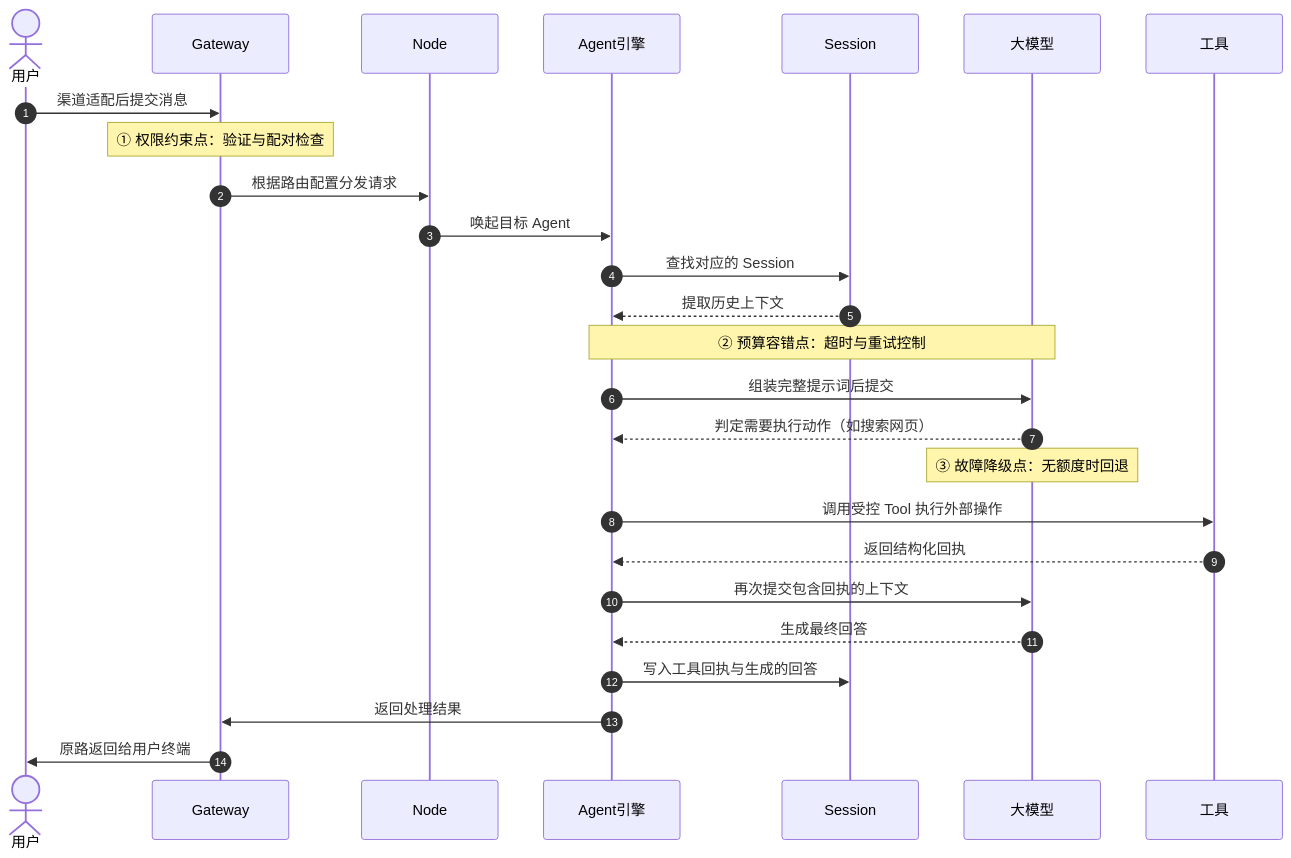
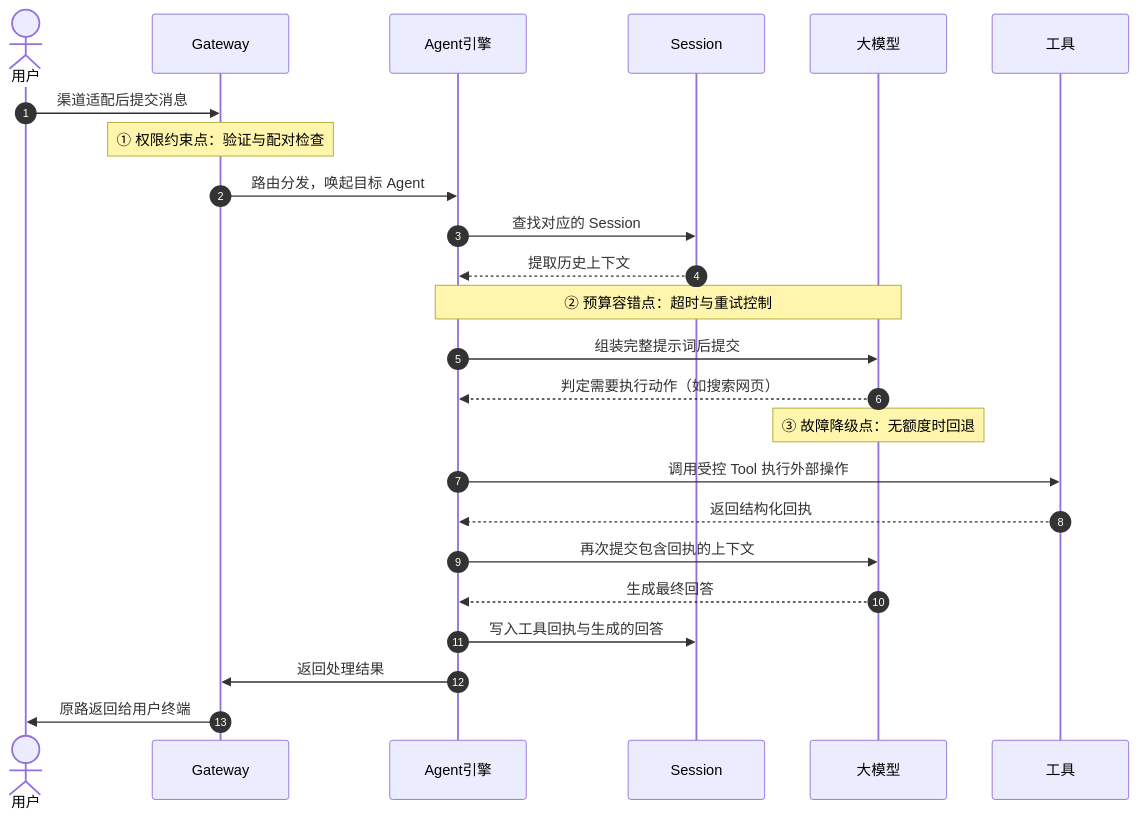
The first of 2 diagrams in 10_agent_loop/10.1_request_lifecycle.md (yeasy/openclaw_guide), drawn with Mermaid before and after one commit. The commit also changed other lines of this file and 11 other files, not shown here.

````diff
--- a/10_agent_loop/10.1_request_lifecycle.md
+++ b/10_agent_loop/10.1_request_lifecycle.md
@@ -11,29 +11,27 @@
 ```mermaid
 sequenceDiagram
     autonumber
     actor User as 用户
     participant Gateway
-    participant Node
     participant Agent as Agent引擎
     participant Session
     participant Model as 大模型
     participant Tool as 工具
 
     User->>Gateway: 渠道适配后提交消息
     Note over Gateway: ① 权限约束点：验证与配对检查
-    Gateway->>Node: 根据路由配置分发请求
-    Node->>Agent: 唤起目标 Agent
+    Gateway->>Agent: 路由分发，唤起目标 Agent
     Agent->>Session: 查找对应的 Session
     Session-->>Agent: 提取历史上下文
     Note over Agent,Model: ② 预算容错点：超时与重试控制
     Agent->>Model: 组装完整提示词后提交
     Model-->>Agent: 判定需要执行动作（如搜索网页）
     Note over Model: ③ 故障降级点：无额度时回退
     Agent->>Tool: 调用受控 Tool 执行外部操作
     Tool-->>Agent: 返回结构化回执
     Agent->>Model: 再次提交包含回执的上下文
     Model-->>Agent: 生成最终回答
     Agent->>Session: 写入工具回执与生成的回答
     Agent->>Gateway: 返回处理结果
     Gateway->>User: 原路返回给用户终端
 ```
````
